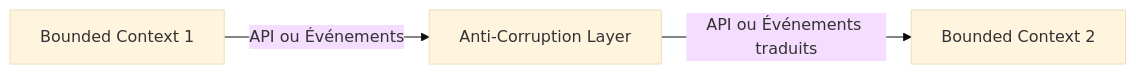
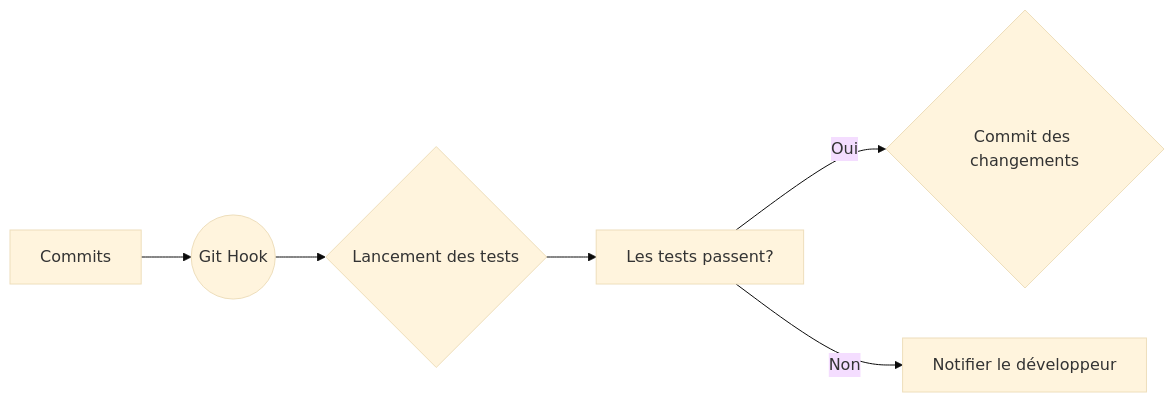
Before and after one commit to Tan-Software/bonnes-pratiques-git: diagram 11 of 11 in README.md, drawn with Mermaid (base theme). The commit also changed other lines of this file, not shown here.

````diff
--- a/README.md
+++ b/README.md
@@ -697,5 +316,9 @@
 ```mermaid
-	graph LR
-    A[Bounded Context 1] -- API ou Événements --> B[Anti-Corruption Layer]
-    B -- API ou Événements traduits --> C[Bounded Context 2]
+graph LR
+A[Commits] --> B((Git Hook))
+B --> C{Lancement des tests}
+C --> D[Les tests passent?]
+D -->|Oui| E{Commit des changements}
+D -->|Non| F[Notifier le développeur]
+
 ```
````
